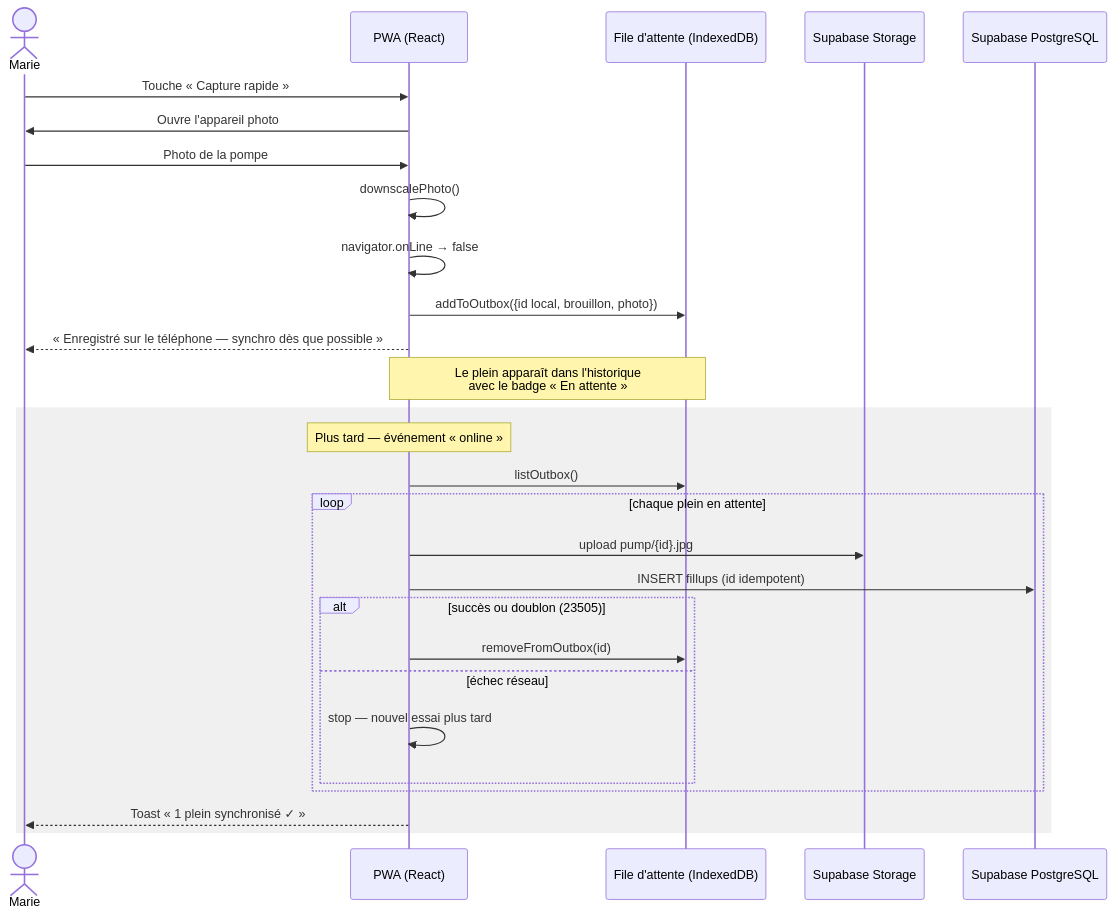
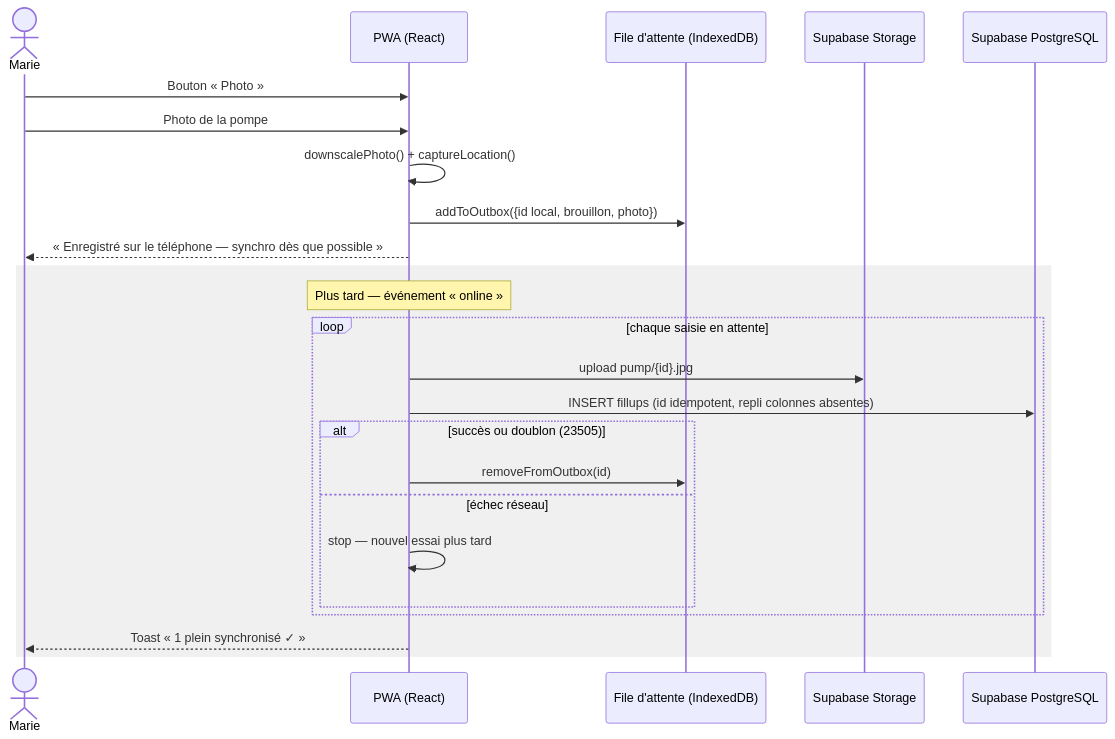
One commit to pkalumel/carnet-carburant changed the fourth of 6 diagrams in docs/SPECIFICATIONS.md. Above: the diagram before and after it, drawn with Mermaid. The commit also changed other lines of this file and 1 other file, not shown here.

````diff
--- a/docs/SPECIFICATIONS.md
+++ b/docs/SPECIFICATIONS.md
@@ -202,32 +258,28 @@
 ```mermaid
 sequenceDiagram
     actor U as Marie
     participant App as PWA (React)
     participant OB as File d'attente (IndexedDB)
     participant ST as Supabase Storage
     participant DB as Supabase PostgreSQL
 
-    U->>App: Touche « Capture rapide »
-    App->>U: Ouvre l'appareil photo
+    U->>App: Bouton « Photo »
     U->>App: Photo de la pompe
-    App->>App: downscalePhoto()
-    App->>App: navigator.onLine → false
+    App->>App: downscalePhoto() + captureLocation()
     App->>OB: addToOutbox({id local, brouillon, photo})
     App-->>U: « Enregistré sur le téléphone — synchro dès que possible »
-    Note over App,OB: Le plein apparaît dans l'historique<br/>avec le badge « En attente »
 
     rect rgb(240, 240, 240)
       Note over App: Plus tard — événement « online »
-      App->>OB: listOutbox()
-      loop chaque plein en attente
+      loop chaque saisie en attente
         App->>ST: upload pump/{id}.jpg
-        App->>DB: INSERT fillups (id idempotent)
+        App->>DB: INSERT fillups (id idempotent, repli colonnes absentes)
         alt succès ou doublon (23505)
           App->>OB: removeFromOutbox(id)
         else échec réseau
           App->>App: stop — nouvel essai plus tard
         end
       end
       App-->>U: Toast « 1 plein synchronisé ✓ »
     end
 ```
````
